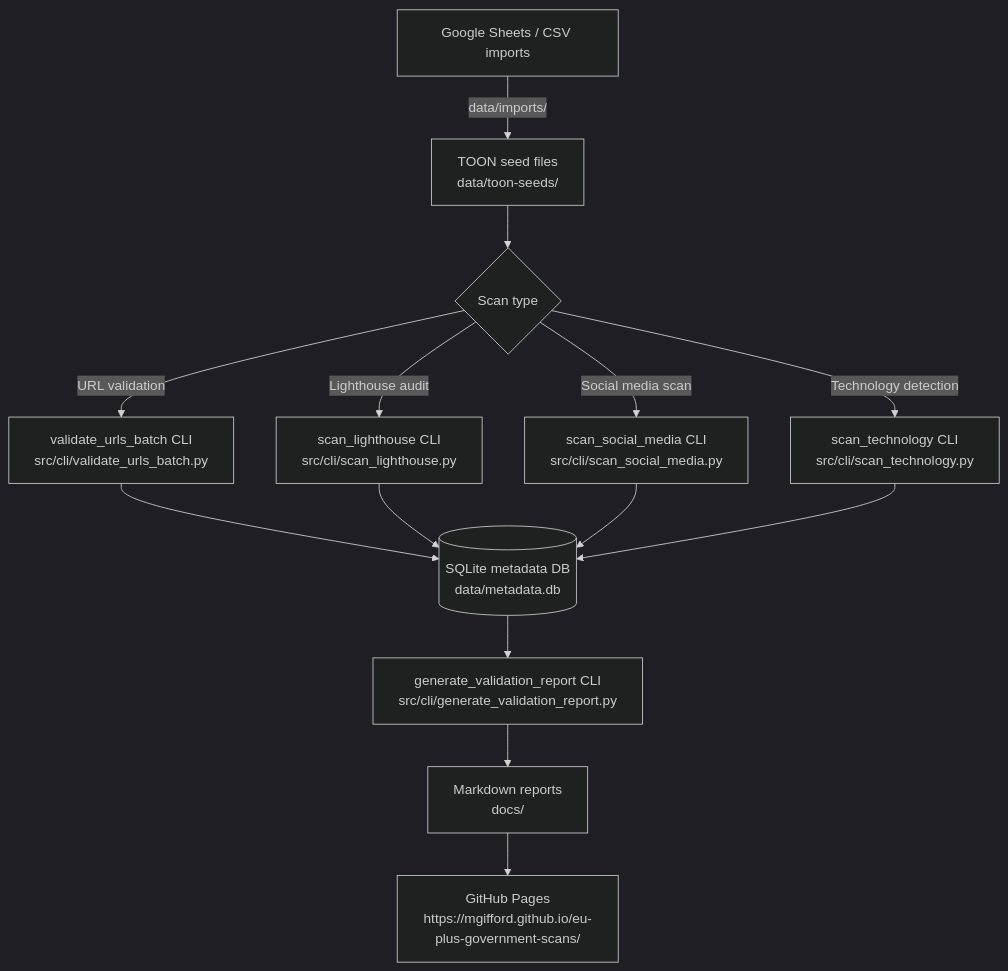
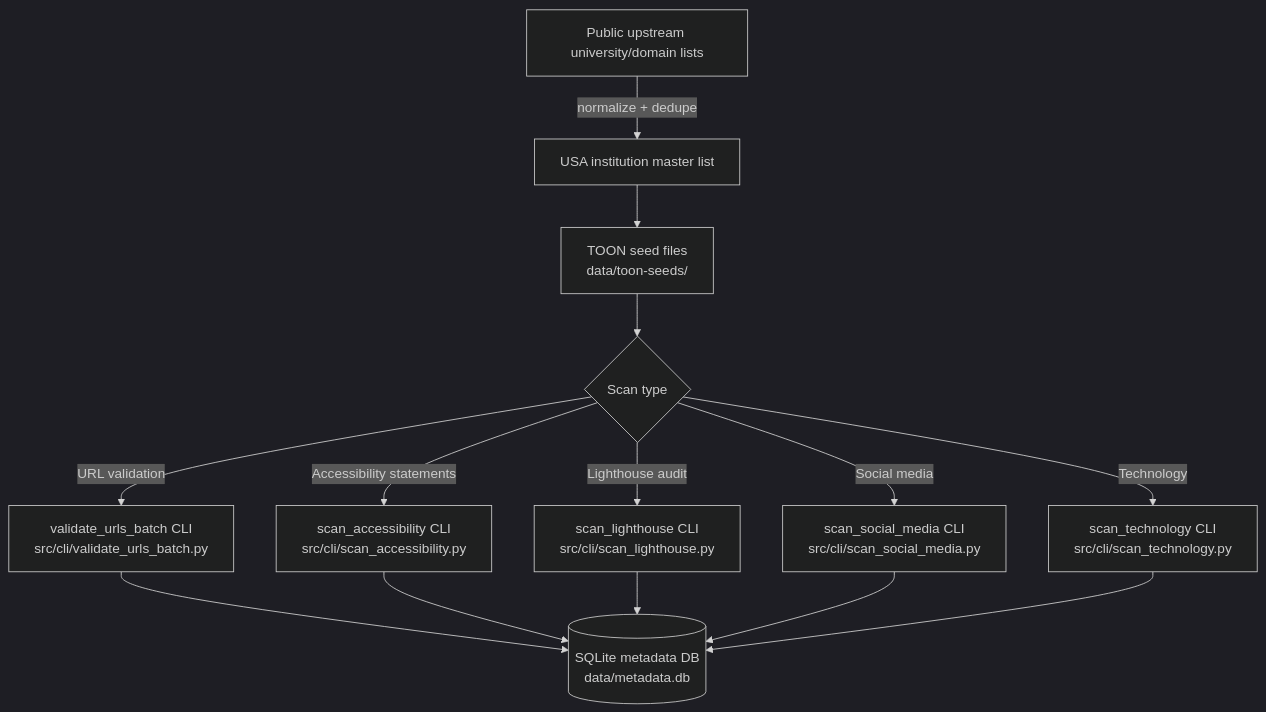
One commit to mgifford/edu-scans changed the diagram in README.md. Above: the diagram before and after it, drawn with Mermaid (dark theme). The commit also changed other lines of this file and 12 other files, not shown here.

Commit message:
Add USA .edu institution builder and seed outputs

````diff
--- a/README.md
+++ b/README.md
@@ -38,16 +69,16 @@
 ```mermaid
 flowchart TD
-    A[Google Sheets / CSV imports] -->|data/imports/| B[TOON seed files\ndata/toon-seeds/]
-    B --> C{Scan type}
-    C -->|URL validation| D[validate_urls_batch CLI\nsrc/cli/validate_urls_batch.py]
-    C -->|Lighthouse audit| E[scan_lighthouse CLI\nsrc/cli/scan_lighthouse.py]
-    C -->|Social media scan| F[scan_social_media CLI\nsrc/cli/scan_social_media.py]
-    C -->|Technology detection| G[scan_technology CLI\nsrc/cli/scan_technology.py]
-    D --> H[(SQLite metadata DB\ndata/metadata.db)]
-    E --> H
-    F --> H
-    G --> H
-    H --> I[generate_validation_report CLI\nsrc/cli/generate_validation_report.py]
-    I --> J[Markdown reports\ndocs/]
-    J --> K[GitHub Pages\nhttps://mgifford.github.io/eu-plus-government-scans/]
+        A[Public upstream university/domain lists] -->|normalize + dedupe| B[USA institution master list]
+        B --> C[TOON seed files\ndata/toon-seeds/]
+        C --> D{Scan type}
+        D -->|URL validation| E[validate_urls_batch CLI\nsrc/cli/validate_urls_batch.py]
+        D -->|Accessibility statements| F[scan_accessibility CLI\nsrc/cli/scan_accessibility.py]
+        D -->|Lighthouse audit| G[scan_lighthouse CLI\nsrc/cli/scan_lighthouse.py]
+        D -->|Social media| H[scan_social_media CLI\nsrc/cli/scan_social_media.py]
+        D -->|Technology| I[scan_technology CLI\nsrc/cli/scan_technology.py]
+        E --> J[(SQLite metadata DB\ndata/metadata.db)]
+        F --> J
+        G --> J
+        H --> J
+        I --> J
 ```
````
